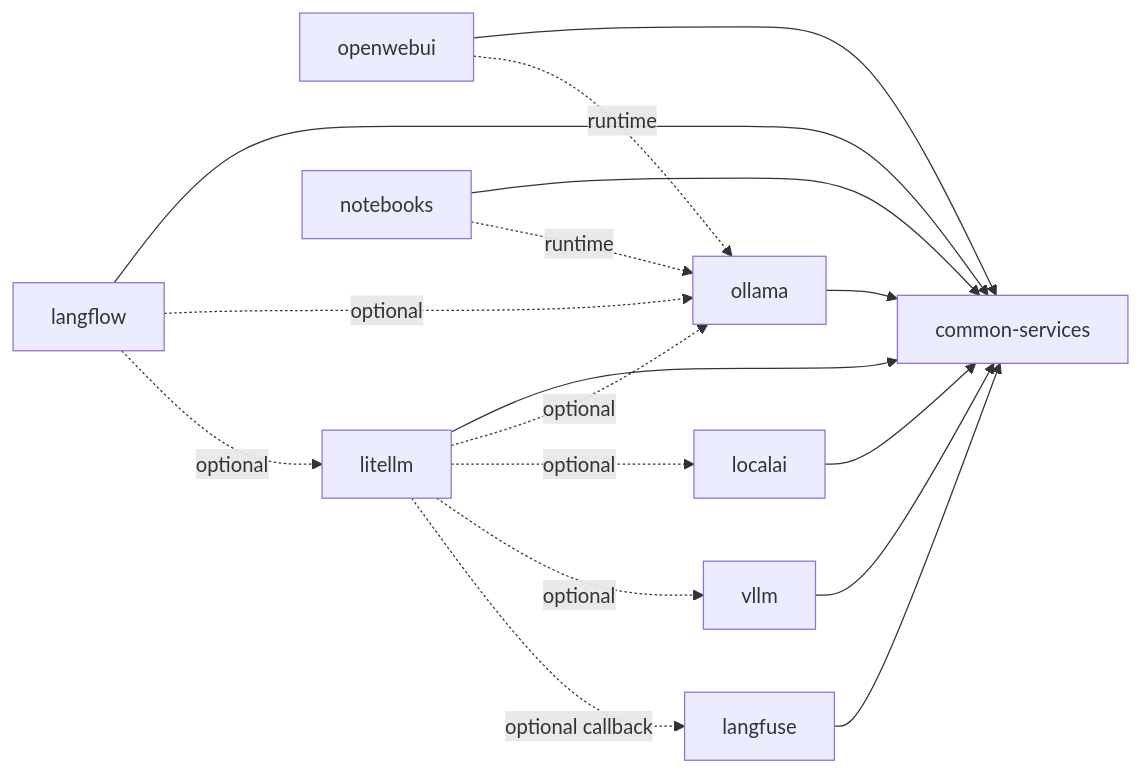
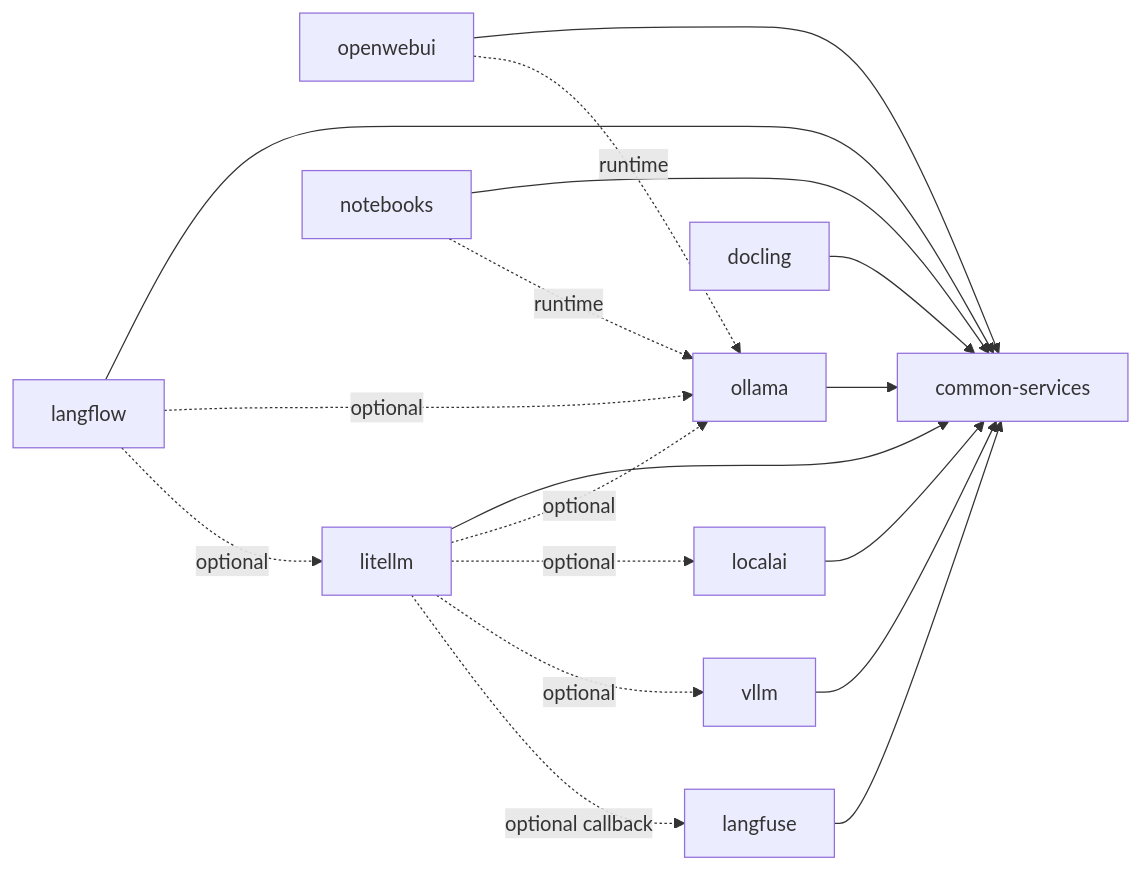
One commit to arthurTemporim/llm-lab changed the second of 2 diagrams in docs/ARCHITECTURE.md. Above: the diagram before and after it, drawn with Mermaid. The commit also changed other lines of this file and 8 other files, not shown here.

````diff
--- a/docs/ARCHITECTURE.md
+++ b/docs/ARCHITECTURE.md
@@ -54,17 +55,18 @@
 ```mermaid
 flowchart LR
     cs["common-services"]
     oll["ollama"] --> cs
     lai["localai"] --> cs
     vl["vllm"] --> cs
+    dl["docling"] --> cs
     owui["openwebui"] --> cs
     owui -. runtime .-> oll
     lflow["langflow"] --> cs
     lflow -. optional .-> oll & llm
     nb["notebooks"] --> cs
     nb -. runtime .-> oll
     llm["litellm"] --> cs
     llm -. optional .-> oll & lai & vl
     lf["langfuse"] --> cs
     llm -. optional callback .-> lf
 ```
````
